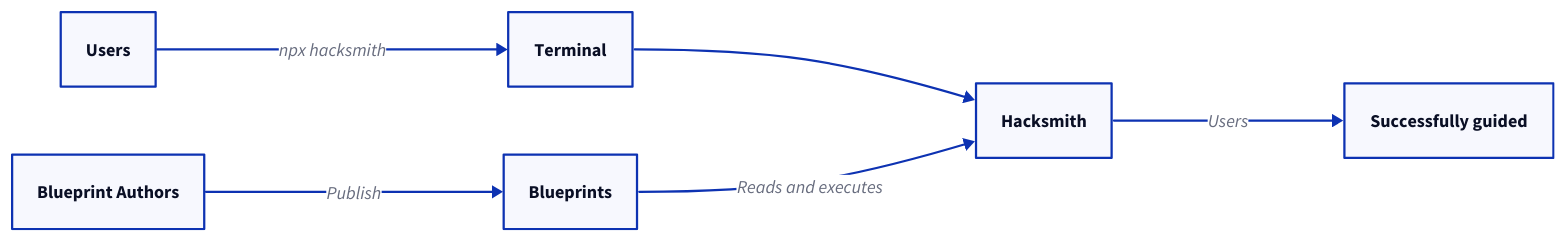
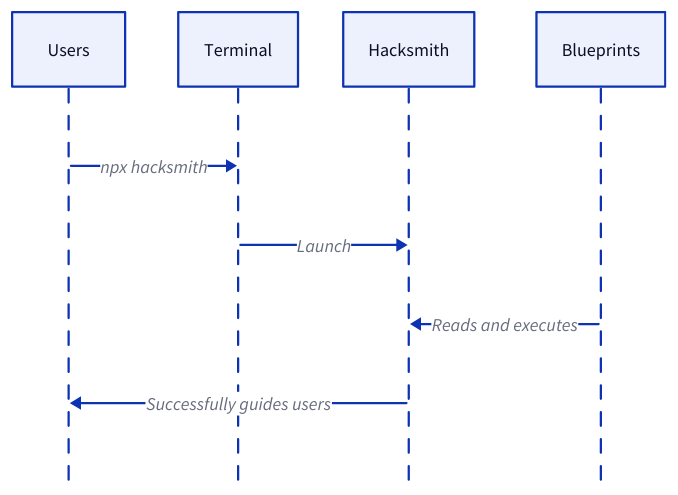
The diagram in apps/website/src/content/docs/get-started/index.mdx (saif-shines/hacksmith), drawn with D2 before and after one commit. The commit also changed other lines of this file and 1 other file, not shown here.

Commit message:
docs: better ordering of the flow

````diff
--- a/apps/website/src/content/docs/get-started/index.mdx
+++ b/apps/website/src/content/docs/get-started/index.mdx
@@ -13,9 +56,13 @@
 ```d2
-direction: right
+shape: sequence_diagram
+
+Users
+Terminal
+Hacksmith
+Blueprints
 
 Users -> Terminal: "npx hacksmith"
-Terminal -> Hacksmith
-Blueprint Authors -> Blueprints: "Publish"
+Terminal -> Hacksmith: Launch
 Blueprints -> Hacksmith: "Reads and executes"
-Hacksmith -> "Successfully guided": Users
+Hacksmith -> Users: "Successfully guides users"
 ```
````
